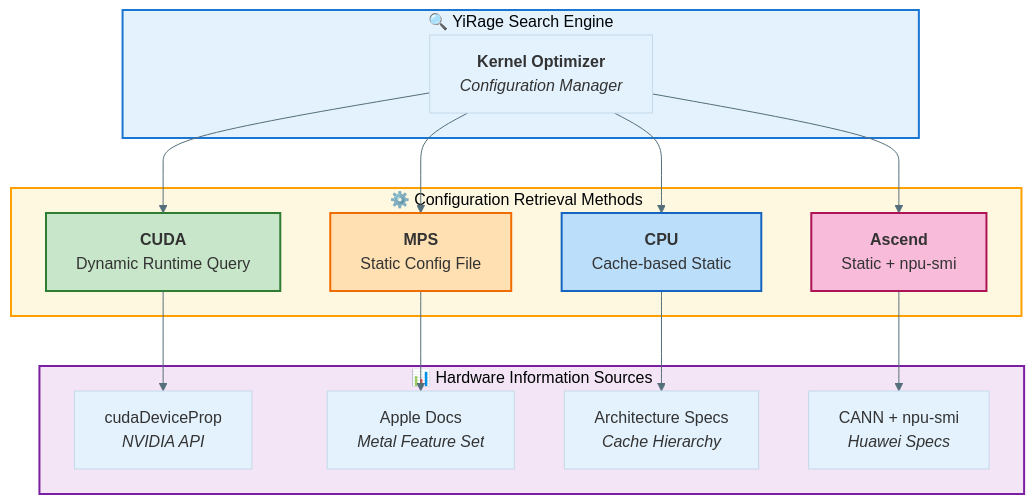
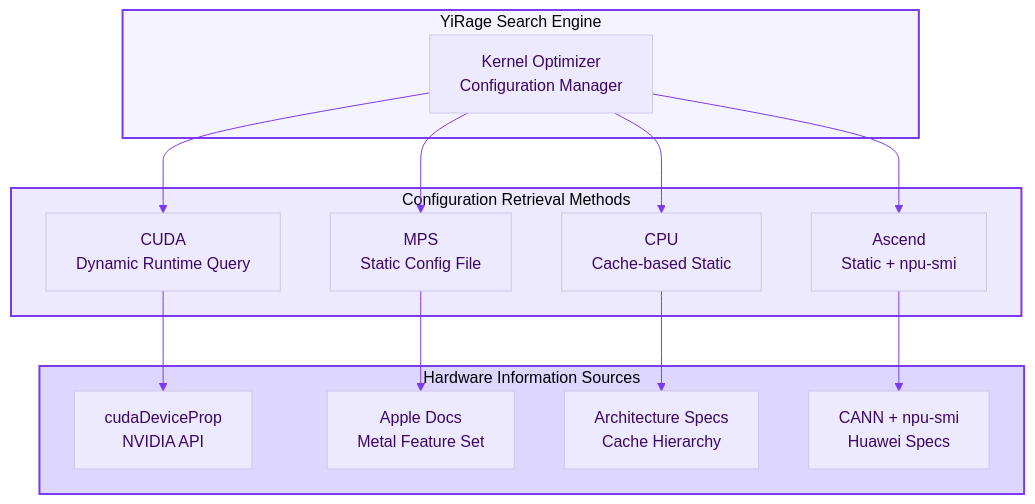
The diagram in docs/backend_config_comparison.md (chenxingqiang/YiRage), drawn with Mermaid before and after one commit. The commit also changed 9 other files, not shown here.

First line of the commit message:
style: unify Mermaid diagrams to minimal purple theme

````diff
--- a/docs/backend_config_comparison.md
+++ b/docs/backend_config_comparison.md
@@ -5,35 +5,31 @@
 ```mermaid
-%%{init: {'theme': 'base', 'themeVariables': { 'primaryColor': '#e3f2fd', 'lineColor': '#546e7a'}}}%%
+%%{init: {'theme': 'base', 'themeVariables': { 'primaryColor': '#ede9fe', 'primaryTextColor': '#3b0764', 'lineColor': '#7c3aed'}}}%%
 graph TB
-    subgraph ENGINE["🔍 YiRage Search Engine"]
-        A["<b>Kernel Optimizer</b><br/><i>Configuration Manager</i>"]
+    subgraph ENGINE["YiRage Search Engine"]
+        A["Kernel Optimizer<br/>Configuration Manager"]
     end
 
-    subgraph METHODS["⚙️ Configuration Retrieval Methods"]
-        B["<b>CUDA</b><br/>Dynamic Runtime Query"]
-        C["<b>MPS</b><br/>Static Config File"]
-        D["<b>CPU</b><br/>Cache-based Static"]
-        E["<b>Ascend</b><br/>Static + npu-smi"]
+    subgraph METHODS["Configuration Retrieval Methods"]
+        B["CUDA<br/>Dynamic Runtime Query"]
+        C["MPS<br/>Static Config File"]
+        D["CPU<br/>Cache-based Static"]
+        E["Ascend<br/>Static + npu-smi"]
     end
 
-    subgraph SOURCES["📊 Hardware Information Sources"]
-        F["cudaDeviceProp<br/><i>NVIDIA API</i>"]
-        G["Apple Docs<br/><i>Metal Feature Set</i>"]
-        H["Architecture Specs<br/><i>Cache Hierarchy</i>"]
-        I["CANN + npu-smi<br/><i>Huawei Specs</i>"]
+    subgraph SOURCES["Hardware Information Sources"]
+        F["cudaDeviceProp<br/>NVIDIA API"]
+        G["Apple Docs<br/>Metal Feature Set"]
+        H["Architecture Specs<br/>Cache Hierarchy"]
+        I["CANN + npu-smi<br/>Huawei Specs"]
     end
 
     A --> B & C & D & E
     B --> F
     C --> G
     D --> H
     E --> I
 
-    style ENGINE fill:#e3f2fd,stroke:#1976d2,stroke-width:2px
-    style METHODS fill:#fff8e1,stroke:#ffa000,stroke-width:2px
-    style SOURCES fill:#f3e5f5,stroke:#7b1fa2,stroke-width:2px
-    style B fill:#c8e6c9,stroke:#2e7d32,stroke-width:2px
-    style C fill:#ffe0b2,stroke:#ef6c00,stroke-width:2px
-    style D fill:#bbdefb,stroke:#1565c0,stroke-width:2px
-    style E fill:#f8bbd9,stroke:#ad1457,stroke-width:2px
+    style ENGINE fill:#f5f3ff,stroke:#7c3aed,stroke-width:2px
+    style METHODS fill:#ede9fe,stroke:#7c3aed,stroke-width:2px
+    style SOURCES fill:#ddd6fe,stroke:#7c3aed,stroke-width:2px
 ```
````
